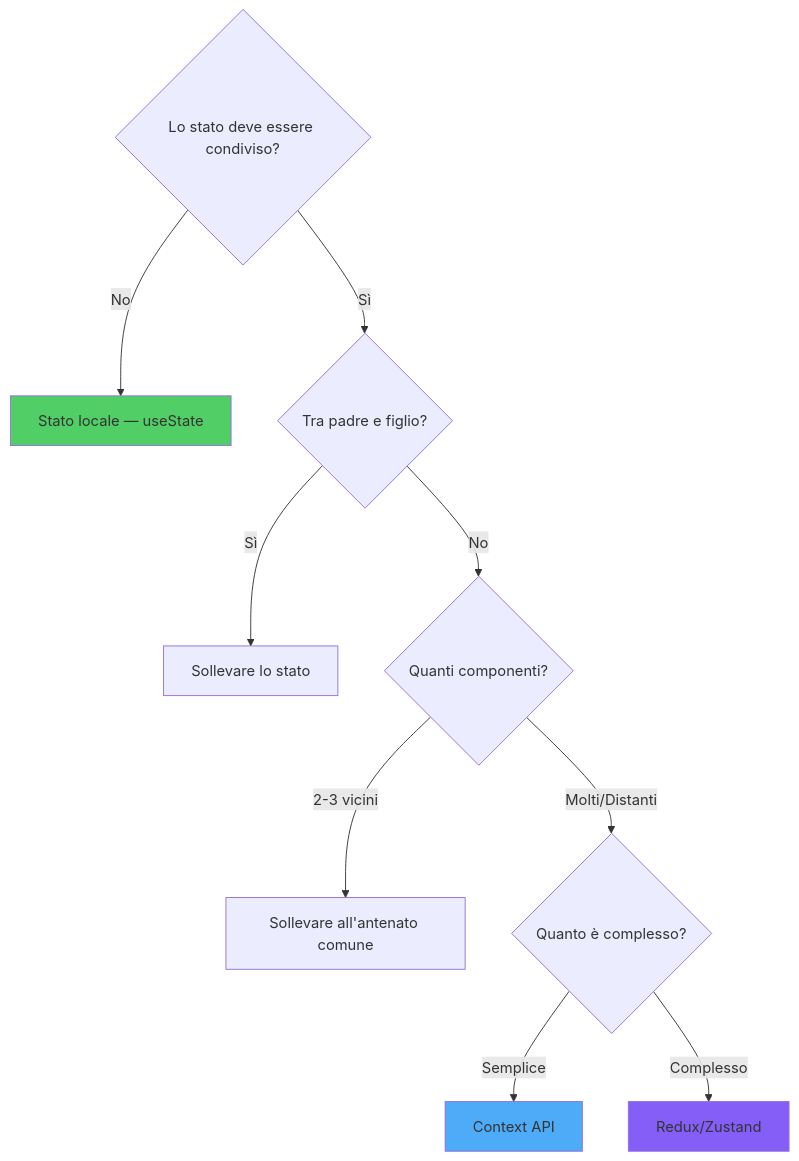
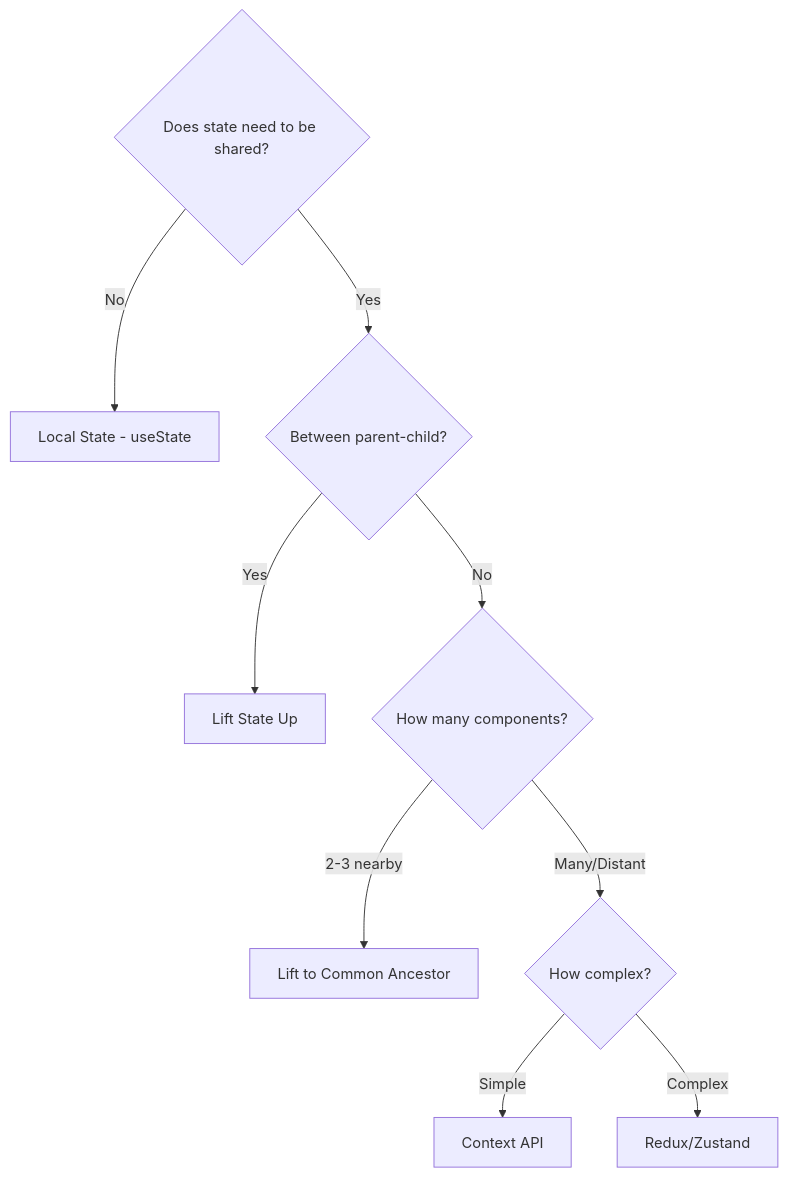
One commit to BabaScience/react-guides changed the second of 7 diagrams in arguments/chapters/it/06-state-management.md. Above: the diagram before and after it, drawn with Mermaid. The commit also changed other lines of this file and 29 other files, not shown here.

First line of the commit message:
Bring React FR/IT translations to full English parity + theme-safe diagrams

````diff
--- a/arguments/chapters/it/06-state-management.md
+++ b/arguments/chapters/it/06-state-management.md
@@ -64,18 +110,15 @@
 ```mermaid
 graph TD
-    A{"Lo stato deve essere condiviso?"} -->|No| B["Stato locale — useState"]
-    A -->|Sì| C{"Tra padre e figlio?"}
-
-    C -->|Sì| D["Sollevare lo stato"]
-    C -->|No| E{"Quanti componenti?"}
-
-    E -->|2-3 vicini| F["Sollevare all'antenato comune"]
-    E -->|Molti/Distanti| G{"Quanto è complesso?"}
-
-    G -->|Semplice| H["Context API"]
-    G -->|Complesso| I["Redux/Zustand"]
-
-    style B fill:#51cf66
-    style H fill:#4dabf7
-    style I fill:#845ef7
+    A{Does state need to be shared?} -->|No| B[Local State - useState]
+    A -->|Yes| C{Between parent-child?}
+    
+    C -->|Yes| D[Lift State Up]
+    C -->|No| E{How many components?}
+    
+    E -->|2-3 nearby| F[Lift to Common Ancestor]
+    E -->|Many/Distant| G{How complex?}
+    
+    G -->|Simple| H[Context API]
+    G -->|Complex| I[Redux/Zustand]
+    
 ```
````
